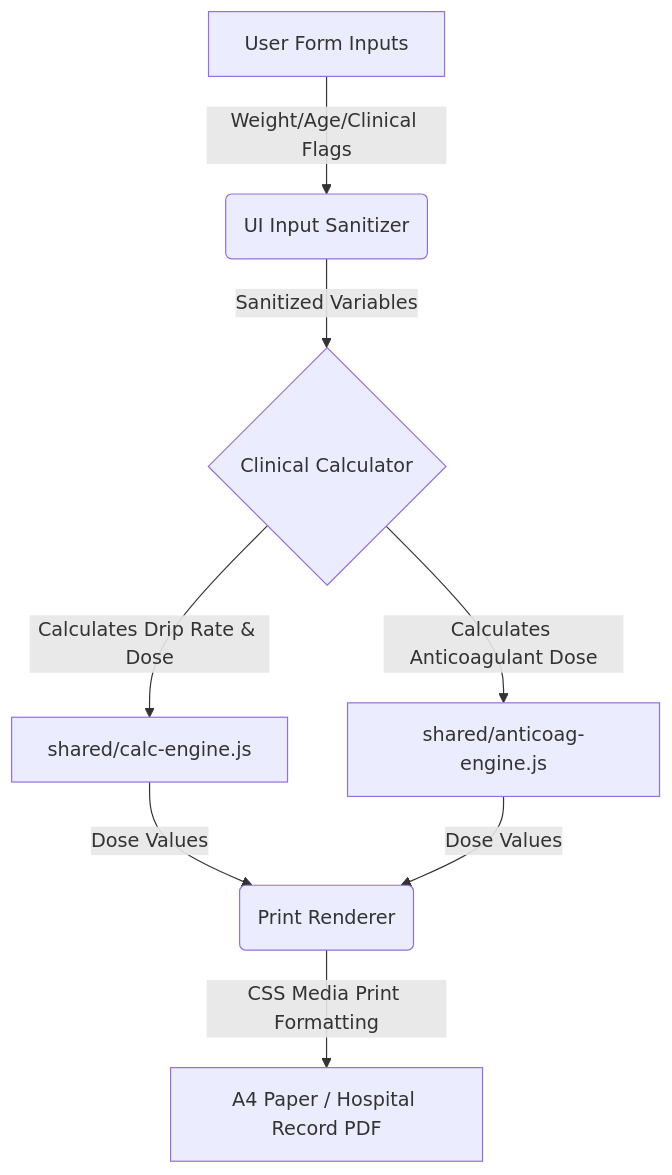
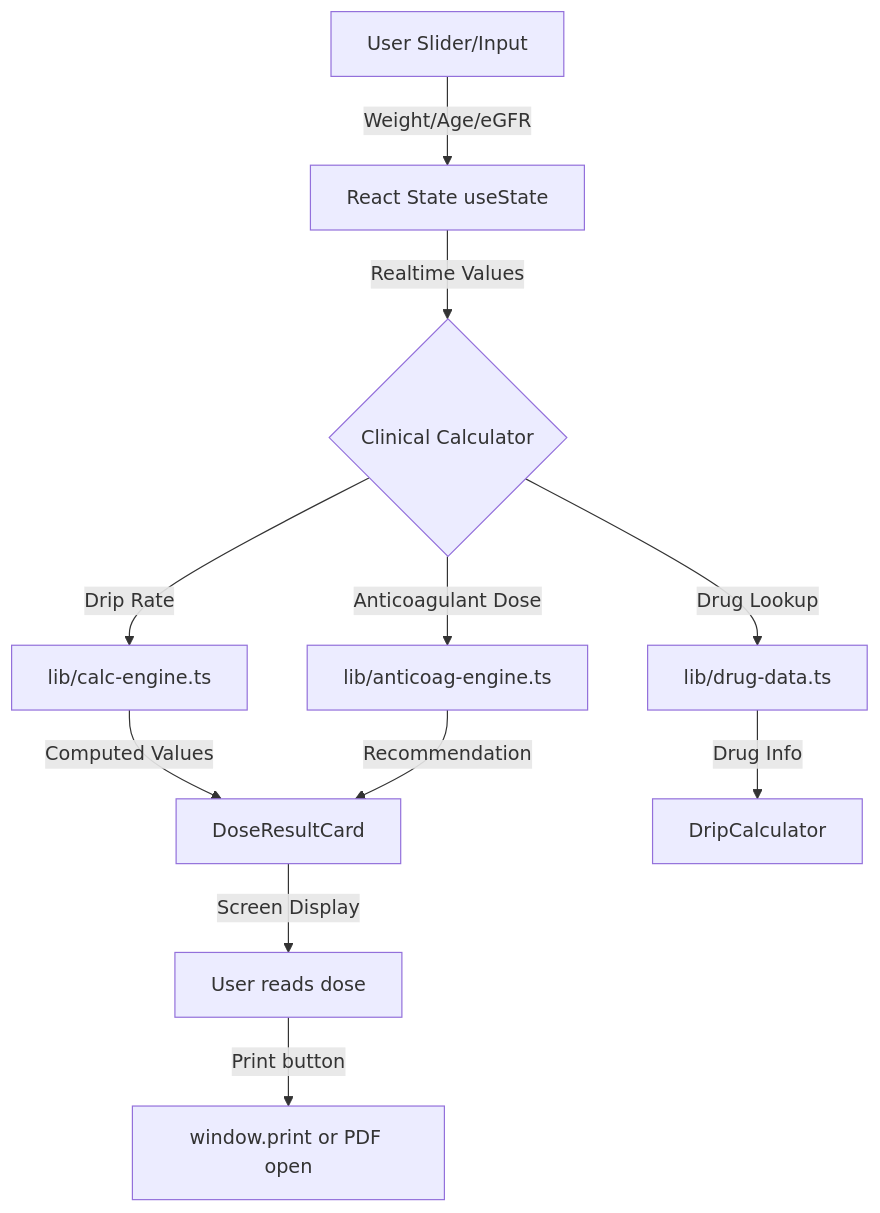
One commit to NTWKKM/er-hub changed the diagram in ARCHITECTURE.md. Above: the diagram before and after it, drawn with Mermaid. The commit also changed other lines of this file and 28 other files, not shown here.

Commit message:
refactor: remove legacy static HTML/JS — update ARCHITECTURE.md, DESIGN.md, CONTEXT.md for Next.js rewrite (ADR-18)

````diff
--- a/ARCHITECTURE.md
+++ b/ARCHITECTURE.md
@@ -25,10 +36,13 @@
 ```mermaid
 graph TD
-    A[User Form Inputs] -->|Weight/Age/Clinical Flags| B(UI Input Sanitizer)
-    B -->|Sanitized Variables| C{Clinical Calculator}
-    C -->|Calculates Drip Rate & Dose| D[shared/calc-engine.js]
-    C -->|Calculates Anticoagulant Dose| E[shared/anticoag-engine.js]
-    D -->|Dose Values| F(Print Renderer)
-    E -->|Dose Values| F
-    F -->|CSS Media Print Formatting| G[A4 Paper / Hospital Record PDF]
+    A[User Slider/Input] -->|Weight/Age/eGFR| B[React State useState]
+    B -->|Realtime Values| C{Clinical Calculator}
+    C -->|Drip Rate| D[lib/calc-engine.ts]
+    C -->|Anticoagulant Dose| E[lib/anticoag-engine.ts]
+    C -->|Drug Lookup| F[lib/drug-data.ts]
+    D -->|Computed Values| G[DoseResultCard]
+    E -->|Recommendation| G
+    F -->|Drug Info| H[DripCalculator]
+    G -->|Screen Display| I[User reads dose]
+    I -->|Print button| J[window.print or PDF open]
 ```
````
